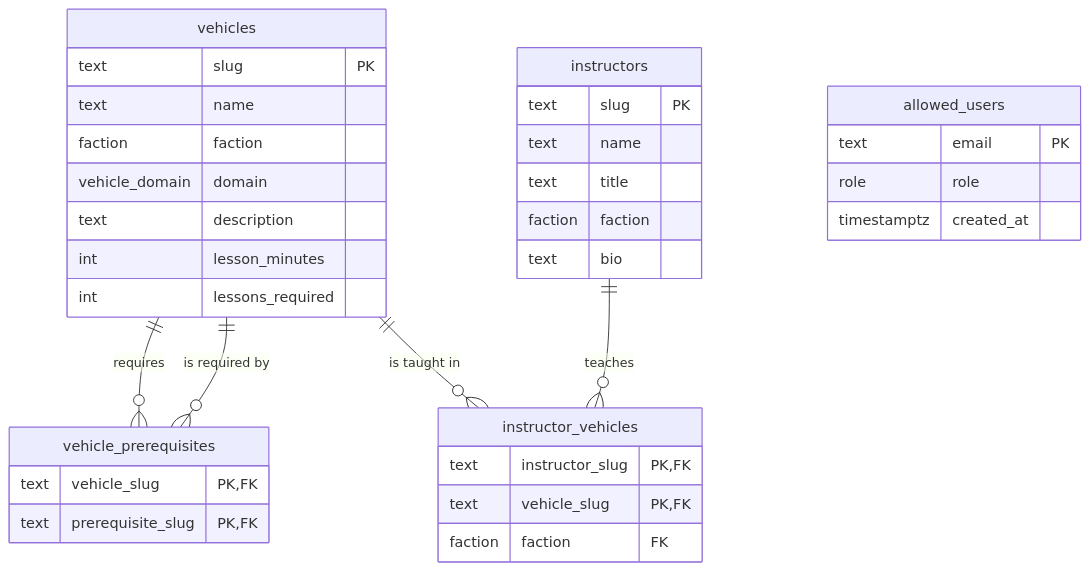
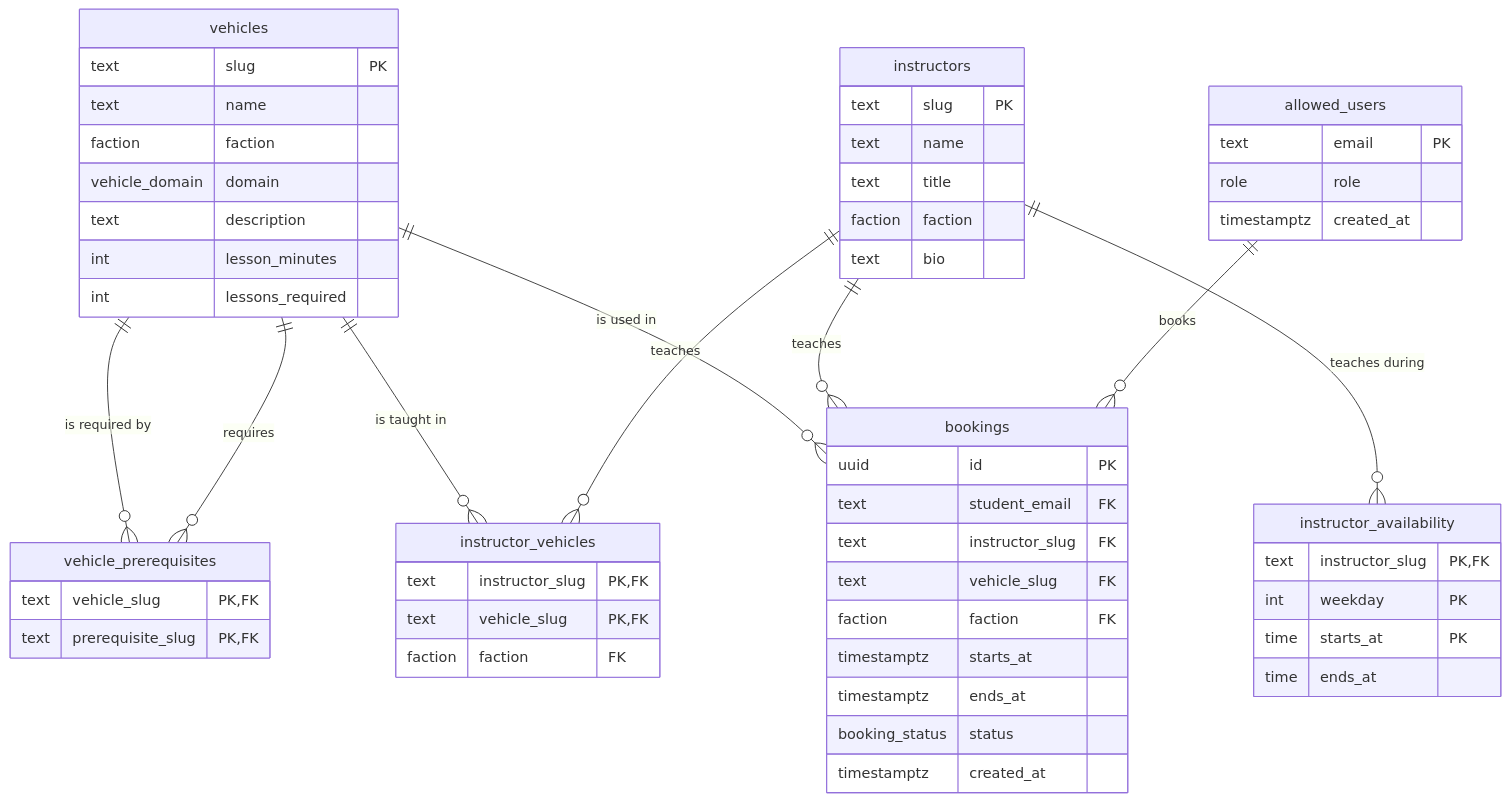
The sixth of 7 diagrams in ARCHITECTURE.md (Valiance-Studios/halo-drivers-ed), drawn with Mermaid before and after one commit. The commit also changed other lines of this file and 45 other files, not shown here.

````diff
--- a/ARCHITECTURE.md
+++ b/ARCHITECTURE.md
@@ -155,38 +188,59 @@
 ```mermaid
 erDiagram
     vehicles {
         text slug PK
         text name
         faction faction
         vehicle_domain domain
         text description
         int lesson_minutes
         int lessons_required
     }
     vehicle_prerequisites {
         text vehicle_slug PK,FK
         text prerequisite_slug PK,FK
     }
     instructors {
         text slug PK
         text name
         text title
         faction faction
         text bio
     }
     instructor_vehicles {
         text instructor_slug PK,FK
         text vehicle_slug PK,FK
         faction faction FK
     }
+    instructor_availability {
+        text instructor_slug PK,FK
+        int weekday PK
+        time starts_at PK
+        time ends_at
+    }
+    bookings {
+        uuid id PK
+        text student_email FK
+        text instructor_slug FK
+        text vehicle_slug FK
+        faction faction FK
+        timestamptz starts_at
+        timestamptz ends_at
+        booking_status status
+        timestamptz created_at
+    }
     allowed_users {
         text email PK
         role role
         timestamptz created_at
     }
 
     vehicles ||--o{ vehicle_prerequisites : "requires"
     vehicles ||--o{ vehicle_prerequisites : "is required by"
     instructors ||--o{ instructor_vehicles : "teaches"
     vehicles ||--o{ instructor_vehicles : "is taught in"
+    instructors ||--o{ instructor_availability : "teaches during"
+    allowed_users ||--o{ bookings : "books"
+    instructors ||--o{ bookings : "teaches"
+    vehicles ||--o{ bookings : "is used in"
 ```
````
